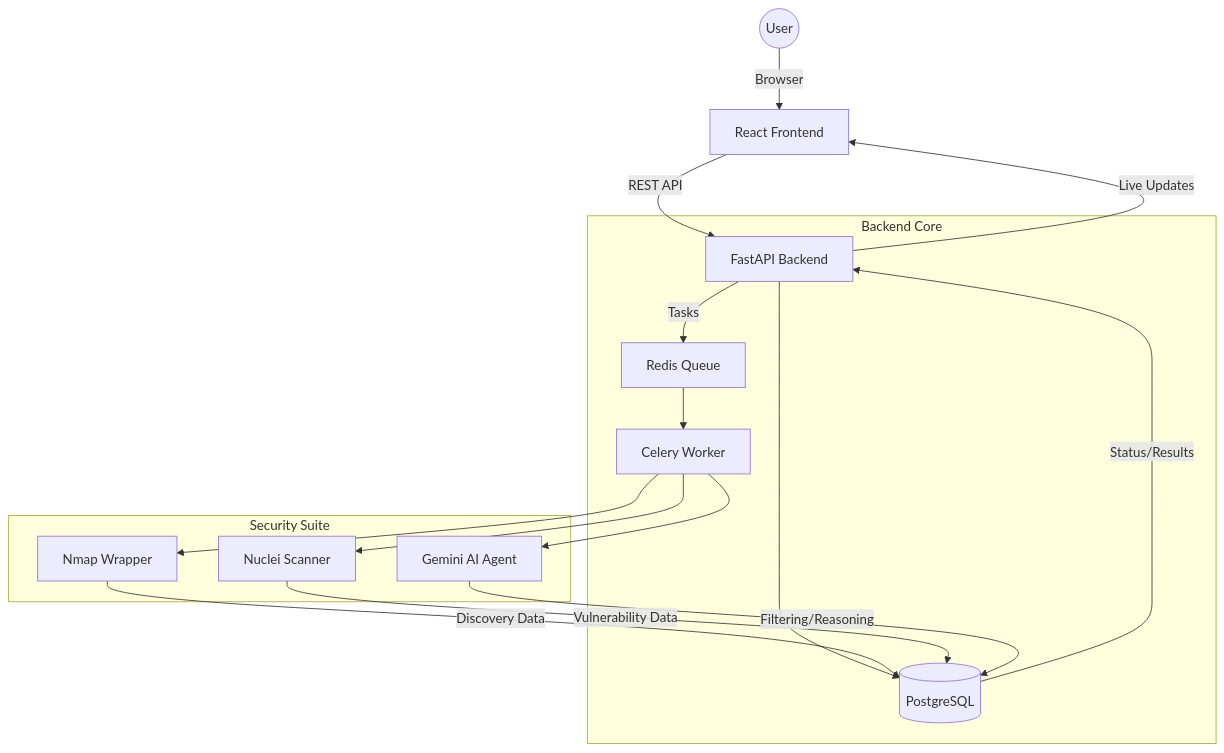
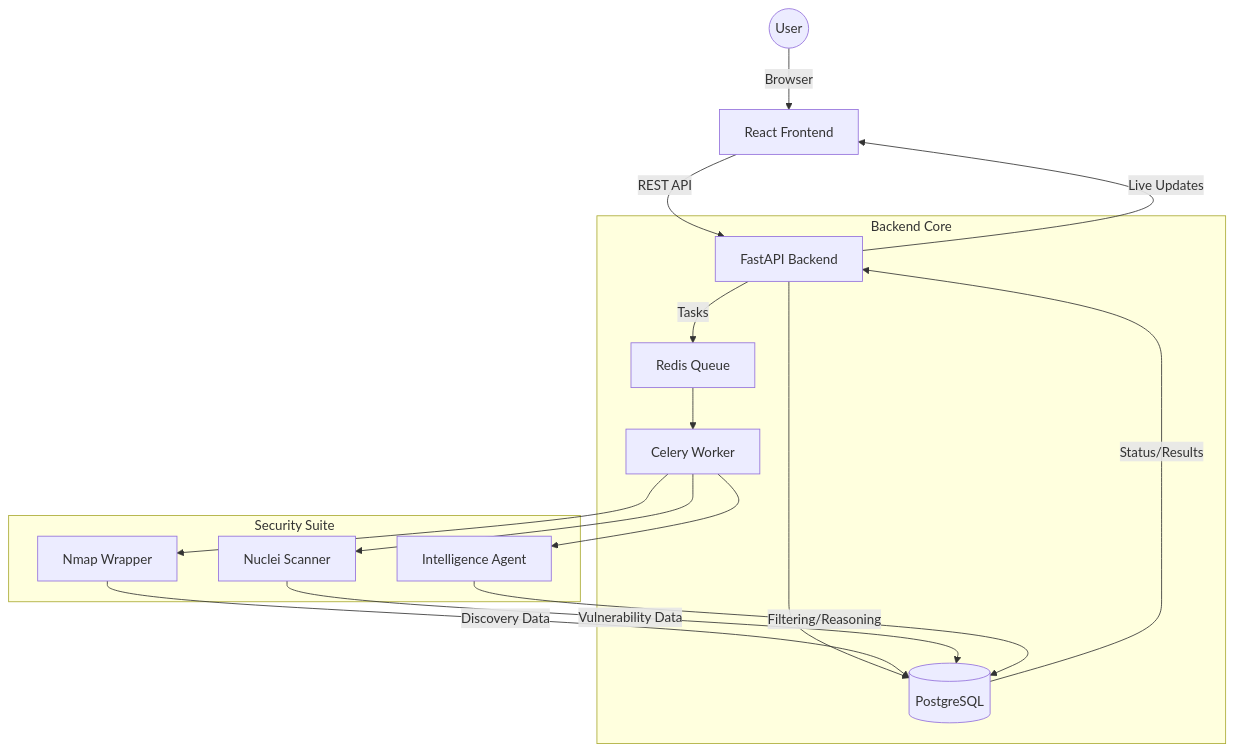
The diagram in ARCHITECTURE_DEEP_DIVE.md (omarkapil/the-dashboard-project-), drawn with Mermaid before and after one commit. The commit also changed other lines of this file and 30 other files, not shown here.

Commit message:
feat: complete rebranding to 'found 404', implementation of Neural Topology, AI Intelligence Agent, CIDR scan support, and stability fixes

````diff
--- a/ARCHITECTURE_DEEP_DIVE.md
+++ b/ARCHITECTURE_DEEP_DIVE.md
@@ -11,23 +11,23 @@
 ```mermaid
 graph TD
     User((User)) -->|Browser| Frontend[React Frontend]
     Frontend -->|REST API| Backend[FastAPI Backend]
     
     subgraph "Backend Core"
         Backend --> DB[(PostgreSQL)]
         Backend -->|Tasks| Redis[Redis Queue]
         Redis --> Worker[Celery Worker]
     end
 
     subgraph "Security Suite"
         Worker --> Nmap[Nmap Wrapper]
         Worker --> Nuclei[Nuclei Scanner]
-        Worker --> AI[Gemini AI Agent]
+        Worker --> AI[Intelligence Agent]
     end
 
     Nmap -->|Discovery Data| DB
     Nuclei -->|Vulnerability Data| DB
     AI -->|Filtering/Reasoning| DB
     DB -->|Status/Results| Backend
     Backend -->|Live Updates| Frontend
 ```
````
